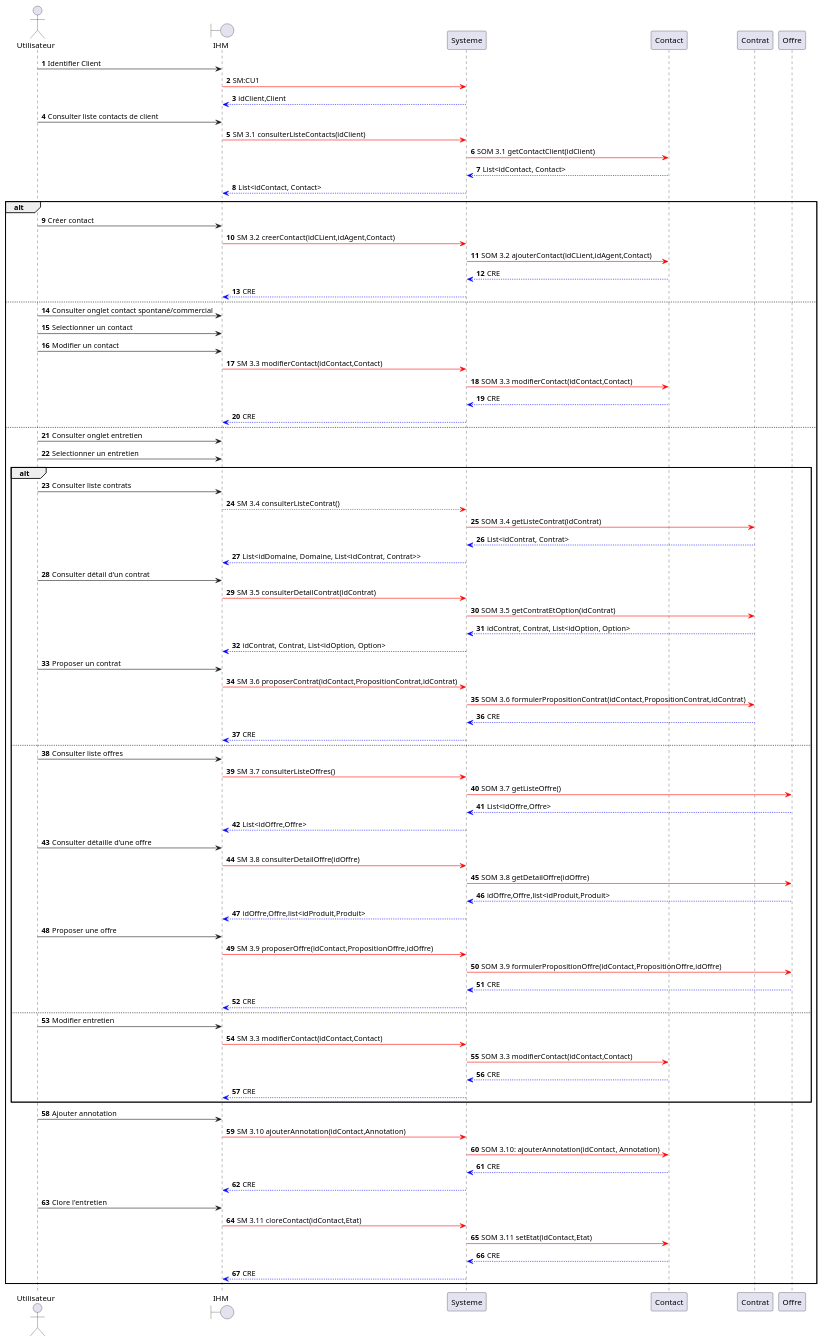
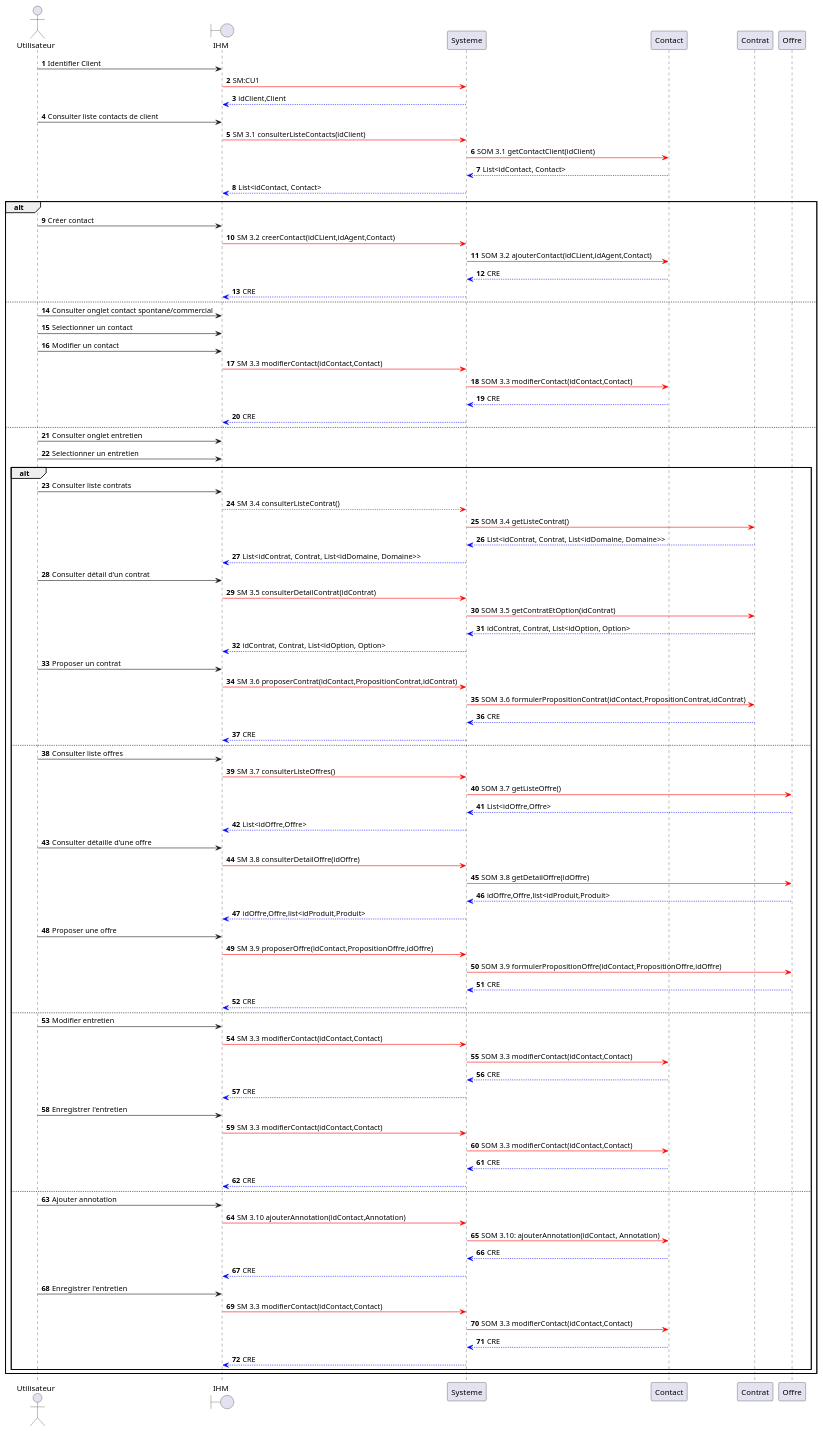
Before and after one commit to HZjiadong/PLD-MARS: the diagram in src/documentation/CU3-DSD.puml, drawn with PlantUML. The commit also changed 2 other files, not shown here.

```diff
--- a/src/documentation/CU3-DSD.puml
+++ b/src/documentation/CU3-DSD.puml
@@ -1,96 +1,102 @@
 @startuml
 actor Utilisateur as U
 boundary IHM as I
 participant Systeme as S
 participant Contact as C
 participant Contrat as CON
 participant Offre as O
 
 autonumber
 
 U->I: Identifier Client
 I-[#red]>S: SM:CU1
 S-[#0000FF]->I: idClient,Client
 
 U->I: Consulter liste contacts de client
 I-[#red]>S: SM 3.1 consulterListeContacts(idClient)
 S-[#red]>C: SOM 3.1 getContactClient(idClient)
 C-[#0000FF]->S: List<idContact, Contact>
 S-[#0000FF]->I: List<idContact, Contact>
 
 alt
     U->I: Créer contact
     I-[#red]>S: SM 3.2 creerContact(idCLient,idAgent,Contact)
     S-[#red]>C: SOM 3.2 ajouterContact(idCLient,idAgent,Contact)
     C-[#0000FF]->S: CRE
     S-[#0000FF]->I: CRE
 else
     U->I: Consulter onglet contact spontané/commercial
     U->I: Selectionner un contact
     U->I: Modifier un contact
     I-[#red]>S: SM 3.3 modifierContact(idContact,Contact)
     S-[#red]>C: SOM 3.3 modifierContact(idContact,Contact)
     C-[#0000FF]->S: CRE
     S-[#0000FF]->I: CRE
 else
     U->I: Consulter onglet entretien
     U->I: Selectionner un entretien
     alt
         U->I: Consulter liste contrats
         I--[#red]>S: SM 3.4 consulterListeContrat()
-        S-[#red]>CON: SOM 3.4 getListeContrat(idContrat)
-        CON-[#0000FF]->S: List<idContrat, Contrat>
-        S-[#0000FF]->I: List<idDomaine, Domaine, List<idContrat, Contrat>>
-
+        S-[#red]>CON: SOM 3.4 getListeContrat()
+        CON-[#0000FF]->S: List<idContrat, Contrat, List<idDomaine, Domaine>>
+        S-[#0000FF]->I: List<idContrat, Contrat, List<idDomaine, Domaine>>
 
 
         U->I: Consulter détail d'un contrat
         I-[#red]>S: SM 3.5 consulterDetailContrat(idContrat)
         S -[#red]> CON : SOM 3.5 getContratEtOption(idContrat)
         CON -[#0000FF]-> S : idContrat, Contrat, List<idOption, Option>
         S -[#0000FF]-> I: idContrat, Contrat, List<idOption, Option>
 
         U->I: Proposer un contrat
         I-[#red]>S: SM 3.6 proposerContrat(idContact,PropositionContrat,idContrat)
         S-[#red]>CON: SOM 3.6 formulerPropositionContrat(idContact,PropositionContrat,idContrat)
         CON-[#0000FF]->S: CRE
         S-[#0000FF]->I: CRE
     else
         U->I: Consulter liste offres
         I-[#red]>S: SM 3.7 consulterListeOffres()
         S-[#red]>O: SOM 3.7 getListeOffre()
         O-[#0000FF]->S: List<idOffre,Offre>
         S-[#0000FF]->I: List<idOffre,Offre>
 
         U->I: Consulter détaille d'une offre
         I-[#red]>S: SM 3.8 consulterDetailOffre(idOffre)
         S -[#red]> O : SOM 3.8 getDetailOffre(idOffre)
         O -[#0000FF]-> S : idOffre,Offre,list<idProduit,Produit>
         S-[#0000FF]->I: idOffre,Offre,list<idProduit,Produit>
 
         U->I: Proposer une offre
         I-[#red]>S: SM 3.9 proposerOffre(idContact,PropositionOffre,idOffre)
         S-[#red]>O: SOM 3.9 formulerPropositionOffre(idContact,PropositionOffre,idOffre)
         O-[#0000FF]->S: CRE
         S-[#0000FF]->I: CRE
     else
         U->I: Modifier entretien
         I-[#red]>S: SM 3.3 modifierContact(idContact,Contact)
         S-[#red]>C: SOM 3.3 modifierContact(idContact,Contact)
         C-[#0000FF]->S: CRE
         S-[#0000FF]->I: CRE
+
+        U->I: Enregistrer l'entretien
+        I-[#red]>S: SM 3.3 modifierContact(idContact,Contact)
+        S-[#red]>C: SOM 3.3 modifierContact(idContact,Contact)
+        C-[#0000FF]->S: CRE
+        S-[#0000FF]->I: CRE
+    else
+        U->I: Ajouter annotation
+        I-[#red]>S: SM 3.10 ajouterAnnotation(idContact,Annotation)
+        S-[#red]>C: SOM 3.10: ajouterAnnotation(idContact, Annotation)
+        C-[#0000FF]->S:CRE
+        S-[#0000FF]->I: CRE
+
+        U->I: Enregistrer l'entretien
+        I-[#red]>S: SM 3.3 modifierContact(idContact,Contact)
+        S-[#red]>C: SOM 3.3 modifierContact(idContact,Contact)
+        C-[#0000FF]->S: CRE
+        S-[#0000FF]->I: CRE
     end
-    U->I: Ajouter annotation
-    I-[#red]>S: SM 3.10 ajouterAnnotation(idContact,Annotation)
-    S-[#red]>C: SOM 3.10: ajouterAnnotation(idContact, Annotation)
-    C-[#0000FF]->S:CRE
-    S-[#0000FF]->I: CRE
-
-    U->I: Clore l'entretien
-    I-[#red]>S: SM 3.11 cloreContact(idContact,Etat)
-    S-[#red]>C: SOM 3.11 setEtat(idContact,Etat)
-    C-[#0000FF]->S: CRE
-    S-[#0000FF]->I: CRE
 end
 
 @enduml
```
